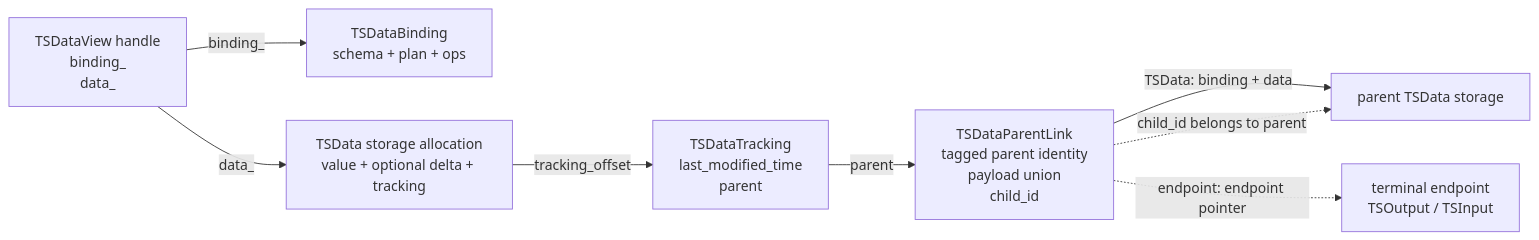
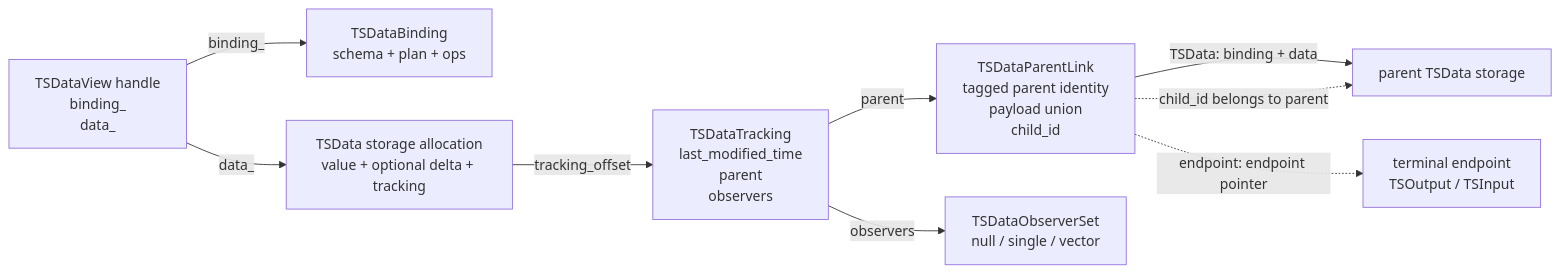
The fifth of 8 diagrams in docs/source/developer_guide/data_structures/plans_and_ops/time_series.rst (hhenson/hg_cpp), drawn with Mermaid before and after one commit. The commit also changed other lines of this file and 19 other files, not shown here.

```diff
--- a/docs/source/developer_guide/data_structures/plans_and_ops/time_series.rst
+++ b/docs/source/developer_guide/data_structures/plans_and_ops/time_series.rst
@@ -501,18 +515,20 @@
 .. mermaid::
 
    flowchart LR
       View["TSDataView handle<br/>binding_<br/>data_"]
       Binding["TSDataBinding<br/>schema + plan + ops"]
       Data["TSData storage allocation<br/>value + optional delta + tracking"]
-      Tracking["TSDataTracking<br/>last_modified_time<br/>parent"]
+      Tracking["TSDataTracking<br/>last_modified_time<br/>parent<br/>observers"]
       Link["TSDataParentLink<br/>tagged parent identity<br/>payload union<br/>child_id"]
+      Observers["TSDataObserverSet<br/>null / single / vector"]
       ParentData["parent TSData storage"]
       Endpoint["terminal endpoint<br/>TSOutput / TSInput"]
 
       View -->|binding_| Binding
       View -->|data_| Data
       Data -->|tracking_offset| Tracking
       Tracking -->|parent| Link
+      Tracking -->|observers| Observers
       Link -->|TSData: binding + data| ParentData
       Link -.endpoint: endpoint pointer.-> Endpoint
       Link -.child_id belongs to parent.-> ParentData
```
